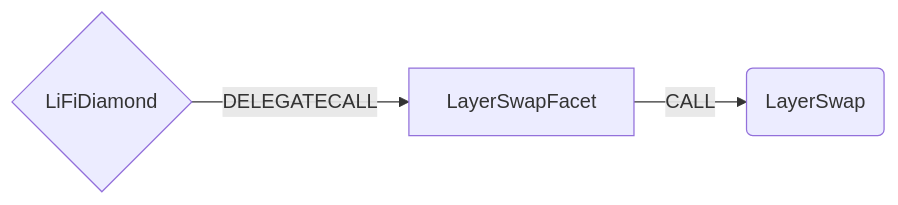
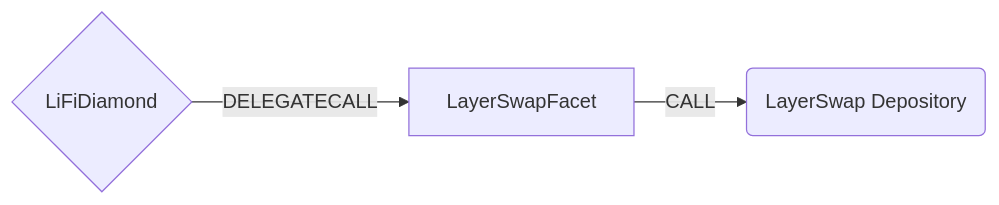
One commit to lifinance/contracts changed the diagram in docs/LayerSwapFacet.md. Above: the diagram before and after it, drawn with Mermaid. The commit also changed other lines of this file and 5 other files, not shown here.

First line of the commit message:
Migrate LayerSwapFacet to LayerSwap Depository contract

````diff
--- a/docs/LayerSwapFacet.md
+++ b/docs/LayerSwapFacet.md
@@ -7,5 +11,5 @@
 ```mermaid
 graph LR;
     D{LiFiDiamond}-- DELEGATECALL -->LayerSwapFacet;
-    LayerSwapFacet -- CALL --> C(LayerSwap)
+    LayerSwapFacet -- CALL --> C(LayerSwap Depository)
 ```
````
